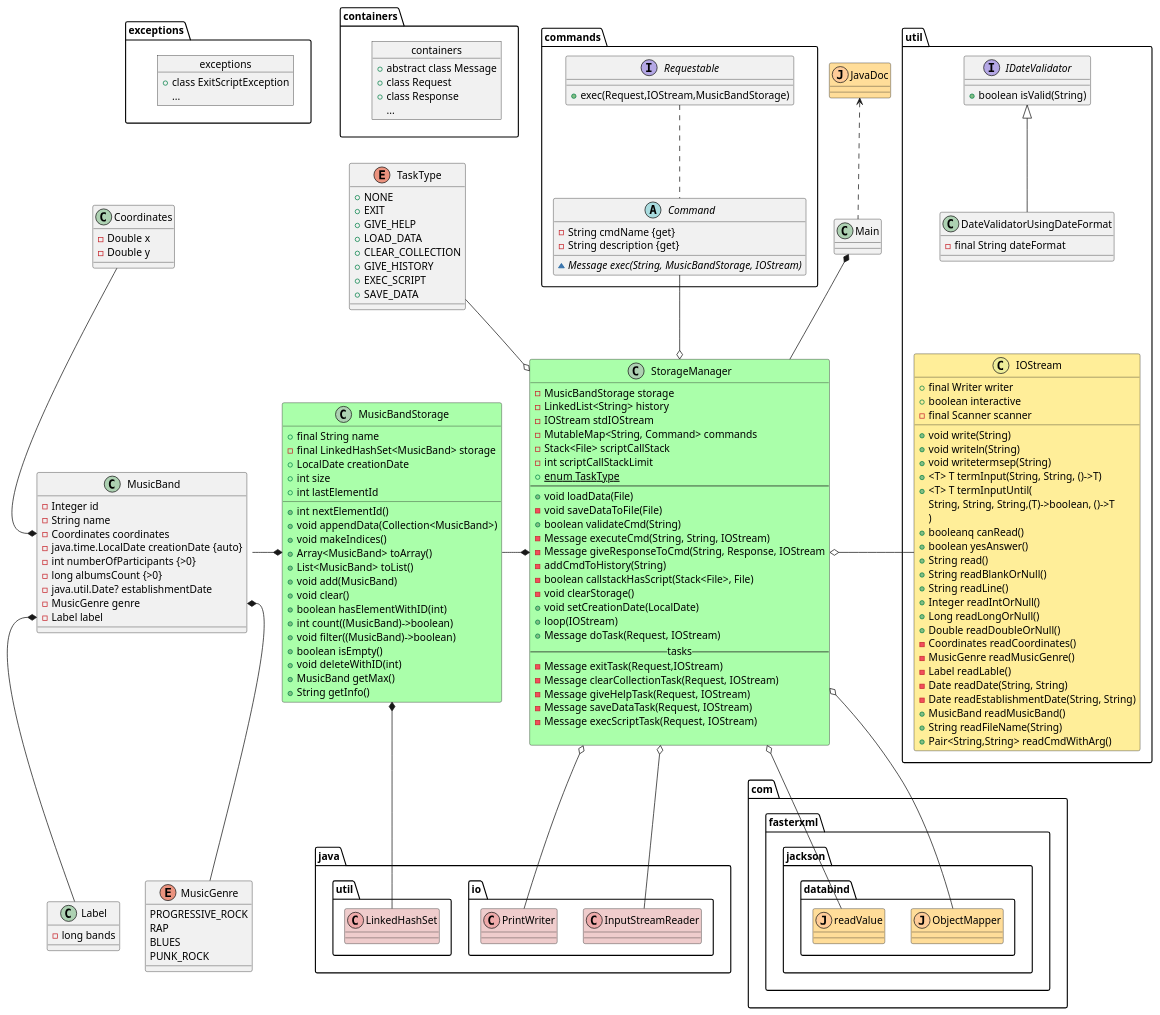
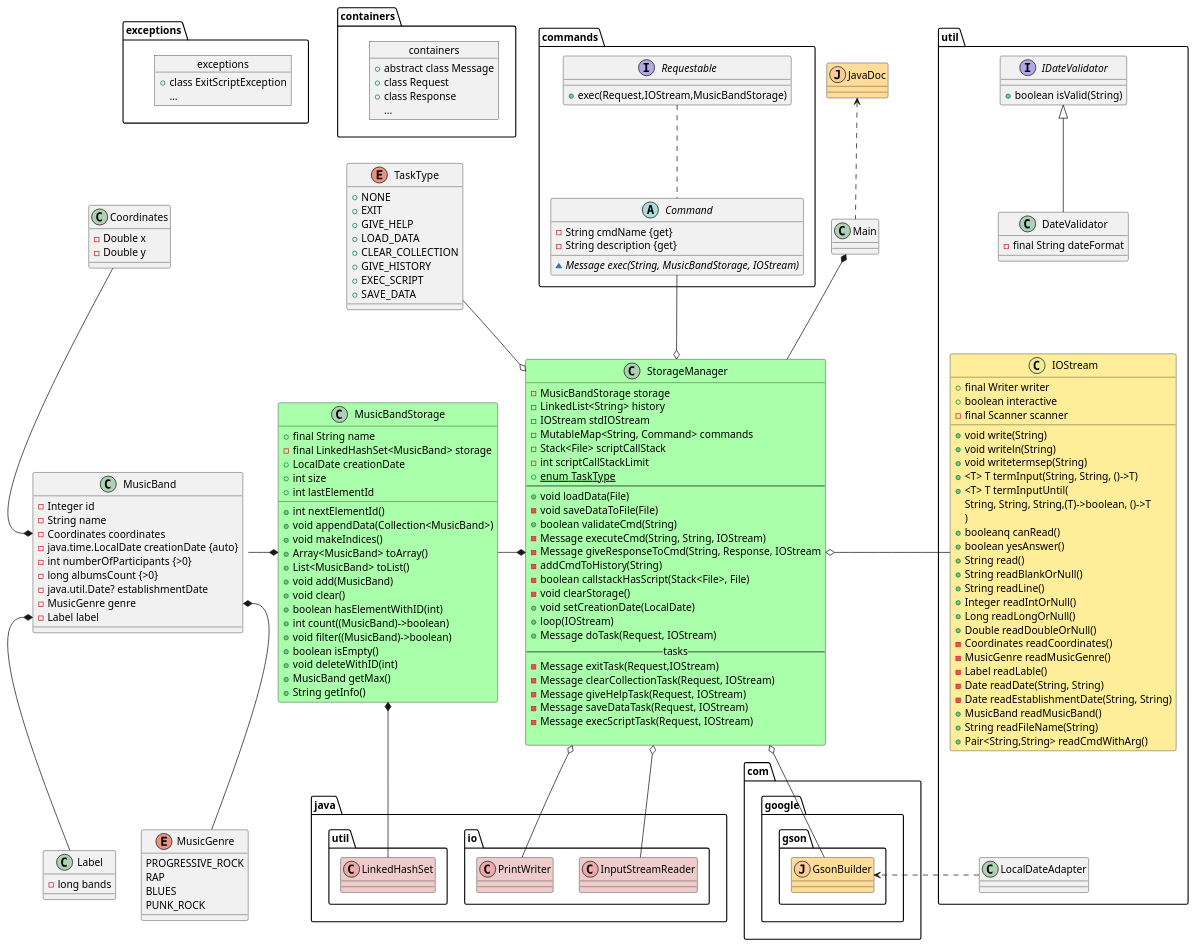
The diagram in lab-5-kotlin/Classes.puml (e1turin/itmo-programming), drawn with PlantUML before and after one commit. The commit also changed 233 other files, not shown here.

```diff
--- a/lab-5-kotlin/Classes.puml
+++ b/lab-5-kotlin/Classes.puml
@@ -1,197 +1,200 @@
 @startuml
 'https://plantuml.com/sequence-diagram
 
 Class Coordinates {
     - Double x
     - Double y
 }
 class Label {
     - long bands
 }
 enum MusicGenre {
     PROGRESSIVE_ROCK
     RAP
     BLUES
     PUNK_ROCK
 }
 class MusicBand {
     - Integer id
     - String name
     - Coordinates coordinates
     - java.time.LocalDate creationDate {auto}
     - int numberOfParticipants {>0}
     - long albumsCount {>0}
     - java.util.Date? establishmentDate
     - MusicGenre genre
     - Label label
 }
 
 Coordinates -d-* MusicBand::coordinates
 package exceptions{
     object exceptions {
         + class ExitScriptException
         ...
     }
 }
 exceptions -[hidden]d-> Coordinates
 Label -up-* MusicBand::label
 MusicGenre -u-* MusicBand::genre
 
 class MusicBandStorage #AAFFAA {
     + final String name
     - final LinkedHashSet<MusicBand> storage
     + LocalDate creationDate
     + int size
     + int lastElementId
     + int nextElementId()
     + void appendData(Collection<MusicBand>)
     + void makeIndices()
     + Array<MusicBand> toArray()
     + List<MusicBand> toList()
     + void add(MusicBand)
     + void clear()
     + boolean hasElementWithID(int)
     + int count((MusicBand)->boolean)
     + void filter((MusicBand)->boolean)
     + boolean isEmpty()
     + void deleteWithID(int)
     + MusicBand getMax()
     + String getInfo()
 
 }
 
 MusicBand -* MusicBandStorage
 class StorageManager #AAFFAA {
     - MusicBandStorage storage
     - LinkedList<String> history
     - IOStream stdIOStream
     - MutableMap<String, Command> commands
     - Stack<File> scriptCallStack
     - int scriptCallStackLimit
     + {static} enum TaskType
     ---
     + void loadData(File)
     - void saveDataToFile(File)
     + boolean validateCmd(String)
     - Message executeCmd(String, String, IOStream)
     - Message giveResponseToCmd(String, Response, IOStream
     - addCmdToHistory(String)
     - boolean callstackHasScript(Stack<File>, File)
     - void clearStorage()
     + void setCreationDate(LocalDate)
     + loop(IOStream)
     + Message doTask(Request, IOStream)
     --tasks--
     - Message exitTask(Request,IOStream)
     - Message clearCollectionTask(Request, IOStream)
     - Message giveHelpTask(Request, IOStream)
     - Message saveDataTask(Request, IOStream)
     - Message execScriptTask(Request, IOStream)
 
 }
 
 package containers{
     object containers {
         + abstract class Message
         + class Request
         + class Response
         ...
     }
 }
 containers -[hidden]d-> TaskType
 
 enum TaskType {
     + NONE
     + EXIT
     + GIVE_HELP
     + LOAD_DATA
     + CLEAR_COLLECTION
     + GIVE_HISTORY
     + EXEC_SCRIPT
     + SAVE_DATA
 }
 
 TaskType -d-o StorageManager
 package commands {
 abstract class Command {
     - String cmdName {get}
     - String description {get}
 
     ~ {abstract}Message exec(String, MusicBandStorage, IOStream)
 }
 
 interface Requestable{
     + exec(Request,IOStream,MusicBandStorage)
 }
 Requestable .. Command
 }
 
 
 
 
 
 class JavaDoc << (J, #FFCC99)>> #FFDD99
 Main .u.> JavaDoc
 
-class com.fasterxml.jackson.databind.ObjectMapper << (J, #FFCC99)>> #FFDD99
-class com.fasterxml.jackson.databind.readValue << (J, #FFCC99)>> #FFDD99
-StorageManager o-- com.fasterxml.jackson.databind.readValue
-StorageManager o-- com.fasterxml.jackson.databind.ObjectMapper
+
+class com.google.gson.GsonBuilder << (J, #FFCC99)>> #FFDD99
+StorageManager o-- com.google.gson.GsonBuilder
+
 
 class java.io.InputStreamReader << (C, #EEAAAA) >> #EFCCCC
 class java.io.PrintWriter << (C, #EEAAAA) >> #EFCCCC
 StorageManager o-- java.io.InputStreamReader
 StorageManager o-- java.io.PrintWriter
 
 
 class java.util.LinkedHashSet << (C, #EEAAAA) >> #EFCCCC
 MusicBandStorage *-d- java.util.LinkedHashSet
 
 package util {
     IOStream -l-o StorageManager
     interface IDateValidator {
         + boolean isValid(String)
     }
-    class DateValidatorUsingDateFormat {
+    class DateValidator {
         - final String dateFormat
     }
-    DateValidatorUsingDateFormat -u-|> IDateValidator
-    DateValidatorUsingDateFormat <-[hidden]d- IOStream
+    DateValidator -u-|> IDateValidator
+    DateValidator <-[hidden]d- IOStream
     class IOStream << (C, #EEEE99)>> #FFEE99{
         + final Writer writer
         + boolean interactive
         - final Scanner scanner
         + void write(String)
         + void writeln(String)
         + void writetermsep(String)
         + <T> T termInput(String, String, ()->T)
         + <T> T termInputUntil(
         String, String, String,(T)->boolean, ()->T
         )
         + booleanq canRead()
         + boolean yesAnswer()
         + String read()
         + String readBlankOrNull()
         + String readLine()
         + Integer readIntOrNull()
         + Long readLongOrNull()
         + Double readDoubleOrNull()
         - Coordinates readCoordinates()
         - MusicGenre readMusicGenre()
         - Label readLable()
         - Date readDate(String, String)
         - Date readEstablishmentDate(String, String)
         + MusicBand readMusicBand()
         + String readFileName(String)
         + Pair<String,String> readCmdWithArg()
     }
+    class LocalDateAdapter
+    LocalDateAdapter <-[hidden]u- IOStream
 }
+LocalDateAdapter .> com.google.gson.GsonBuilder
 Command --o StorageManager
 '(Command,StorageManager) - ICommand
 
 MusicBandStorage -* StorageManager
 
 StorageManager -up-* Main
 
 
 @enduml
```
